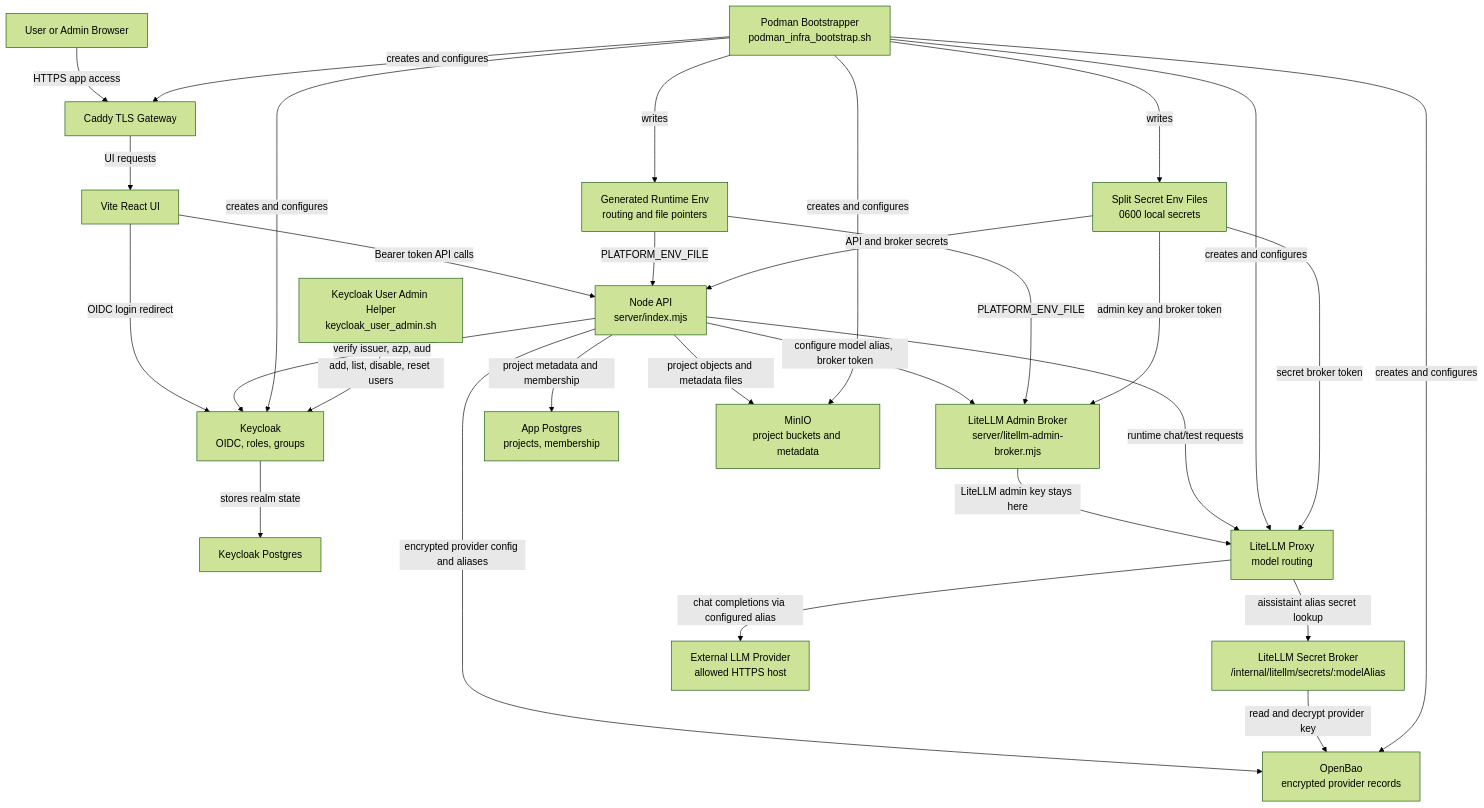
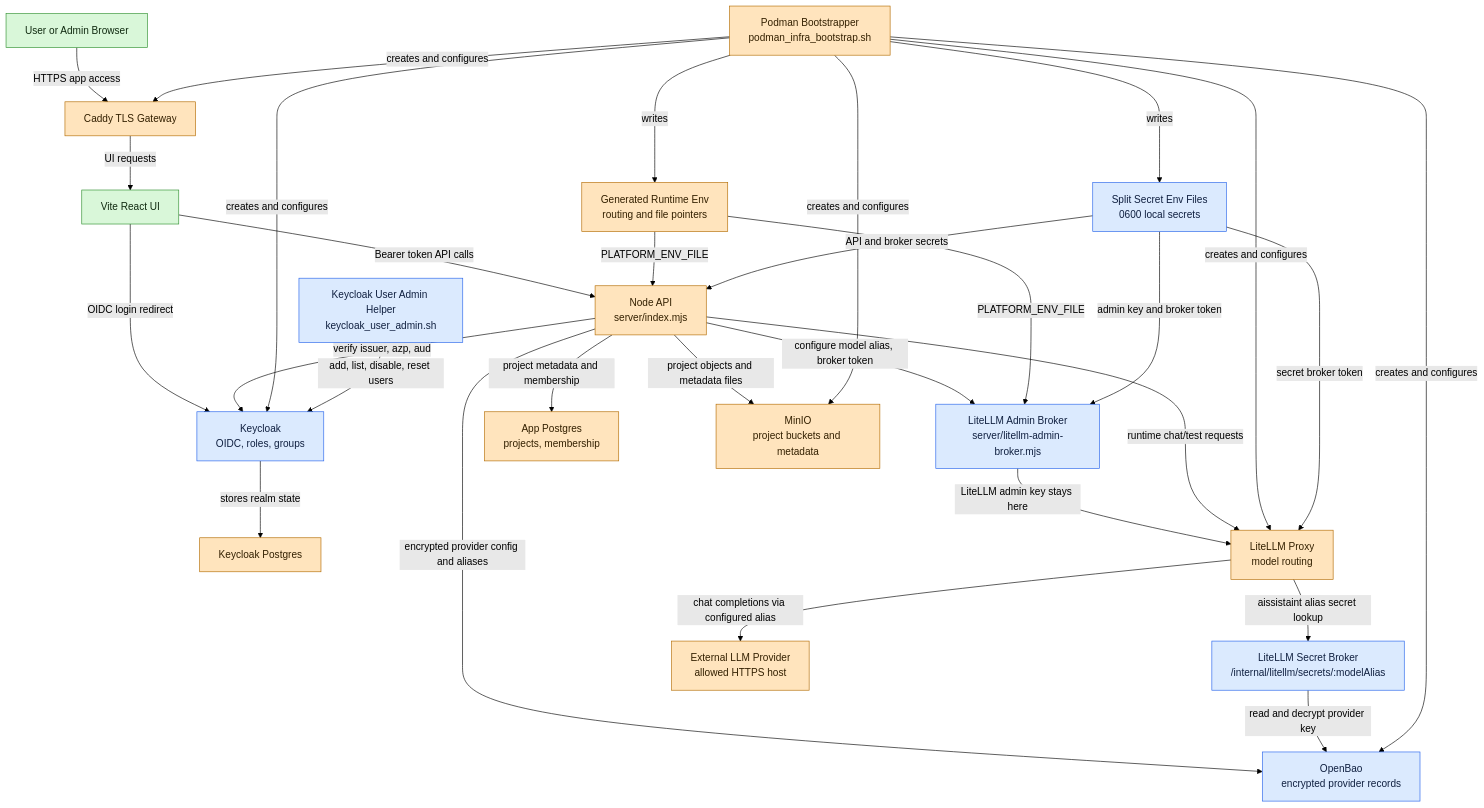
Before and after one commit to phzwart/lambda-aissistaint: the diagram in docs/ai-governance/COMPONENT_INTERACTIONS.md, drawn with Mermaid (forest theme). The commit also changed other lines of this file, not shown here.

Commit message:
Color AI component interaction graph.
Made-with: Cursor

````diff
--- a/docs/ai-governance/COMPONENT_INTERACTIONS.md
+++ b/docs/ai-governance/COMPONENT_INTERACTIONS.md
@@ -5,54 +5,62 @@
 ```mermaid
 flowchart TD
   user["User or Admin Browser"]
   caddy["Caddy TLS Gateway"]
   ui["Vite React UI"]
   api["Node API\nserver/index.mjs"]
   adminBroker["LiteLLM Admin Broker\nserver/litellm-admin-broker.mjs"]
   secretBroker["LiteLLM Secret Broker\n/internal/litellm/secrets/:modelAlias"]
   keycloak["Keycloak\nOIDC, roles, groups"]
   keycloakDb["Keycloak Postgres"]
   appDb["App Postgres\nprojects, membership"]
   minio["MinIO\nproject buckets and metadata"]
   openbao["OpenBao\nencrypted provider records"]
   litellm["LiteLLM Proxy\nmodel routing"]
   provider["External LLM Provider\nallowed HTTPS host"]
   runtimeEnv["Generated Runtime Env\nrouting and file pointers"]
   secretFiles["Split Secret Env Files\n0600 local secrets"]
   bootstrap["Podman Bootstrapper\npodman_infra_bootstrap.sh"]
   adminHelper["Keycloak User Admin Helper\nkeycloak_user_admin.sh"]
 
   user -->|"HTTPS app access"| caddy
   caddy -->|"UI requests"| ui
   ui -->|"Bearer token API calls"| api
   ui -->|"OIDC login redirect"| keycloak
   keycloak -->|"stores realm state"| keycloakDb
 
   api -->|"verify issuer, azp, aud"| keycloak
   api -->|"project metadata and membership"| appDb
   api -->|"project objects and metadata files"| minio
   api -->|"encrypted provider config and aliases"| openbao
   api -->|"configure model alias, broker token"| adminBroker
 
   adminBroker -->|"LiteLLM admin key stays here"| litellm
   litellm -->|"aissistaint alias secret lookup"| secretBroker
   secretBroker -->|"read and decrypt provider key"| openbao
   litellm -->|"chat completions via configured alias"| provider
   api -->|"runtime chat/test requests"| litellm
 
   bootstrap -->|"creates and configures"| caddy
   bootstrap -->|"creates and configures"| keycloak
   bootstrap -->|"creates and configures"| openbao
   bootstrap -->|"creates and configures"| minio
   bootstrap -->|"creates and configures"| litellm
   bootstrap -->|"writes"| runtimeEnv
   bootstrap -->|"writes"| secretFiles
 
   runtimeEnv -->|"PLATFORM_ENV_FILE"| api
   runtimeEnv -->|"PLATFORM_ENV_FILE"| adminBroker
   secretFiles -->|"API and broker secrets"| api
   secretFiles -->|"admin key and broker token"| adminBroker
   secretFiles -->|"secret broker token"| litellm
 
   adminHelper -->|"add, list, disable, reset users"| keycloak
+
+  classDef ui fill:#d9f7d9,stroke:#2f8f2f,color:#102a10
+  classDef permanent fill:#ffe4bd,stroke:#b36b00,color:#332000
+  classDef security fill:#dbeafe,stroke:#2563eb,color:#102040
+
+  class user,ui ui
+  class caddy,api,keycloakDb,appDb,minio,litellm,provider,runtimeEnv,bootstrap permanent
+  class keycloak,openbao,adminBroker,secretBroker,secretFiles,adminHelper security
 ```
````
